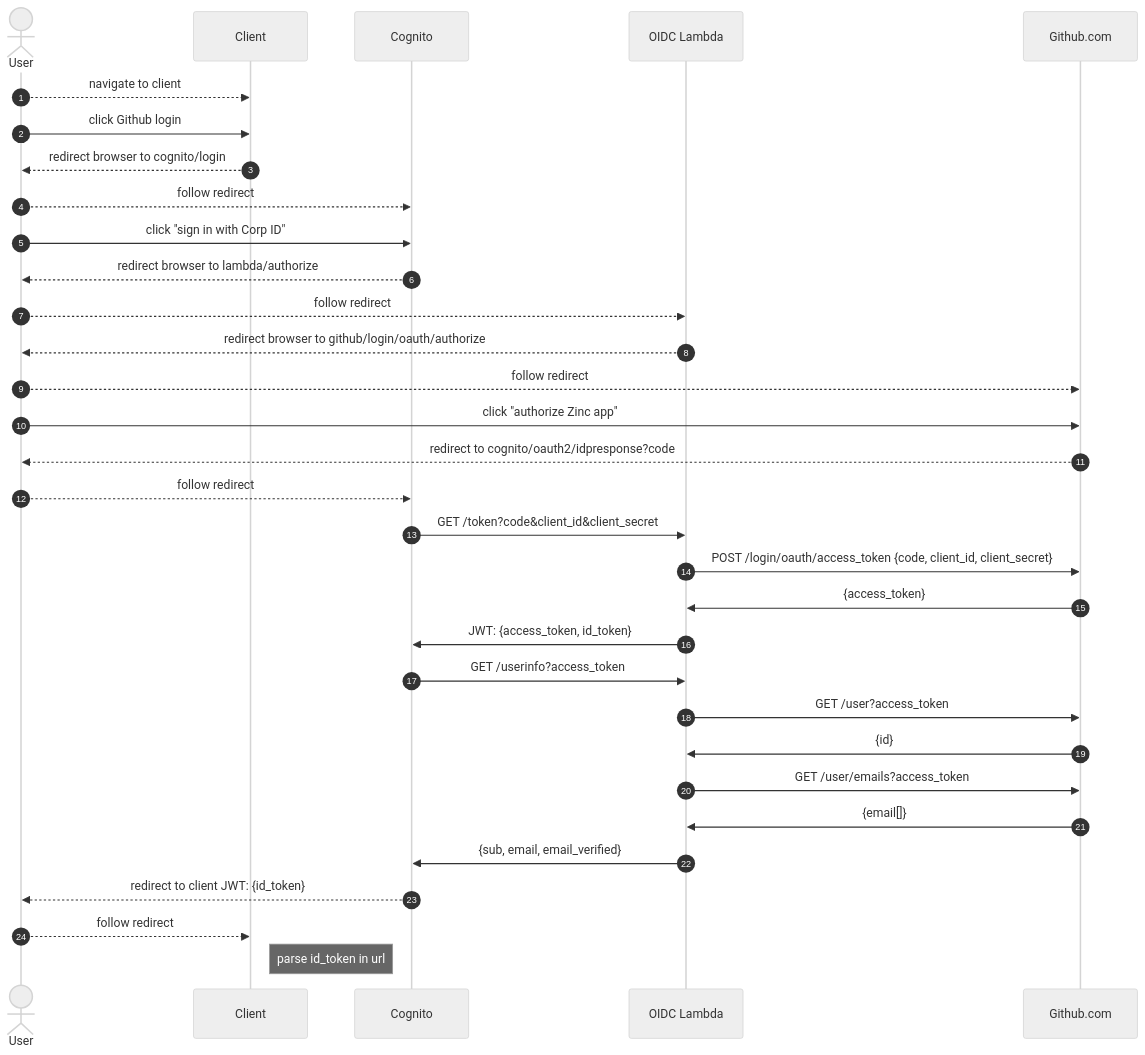
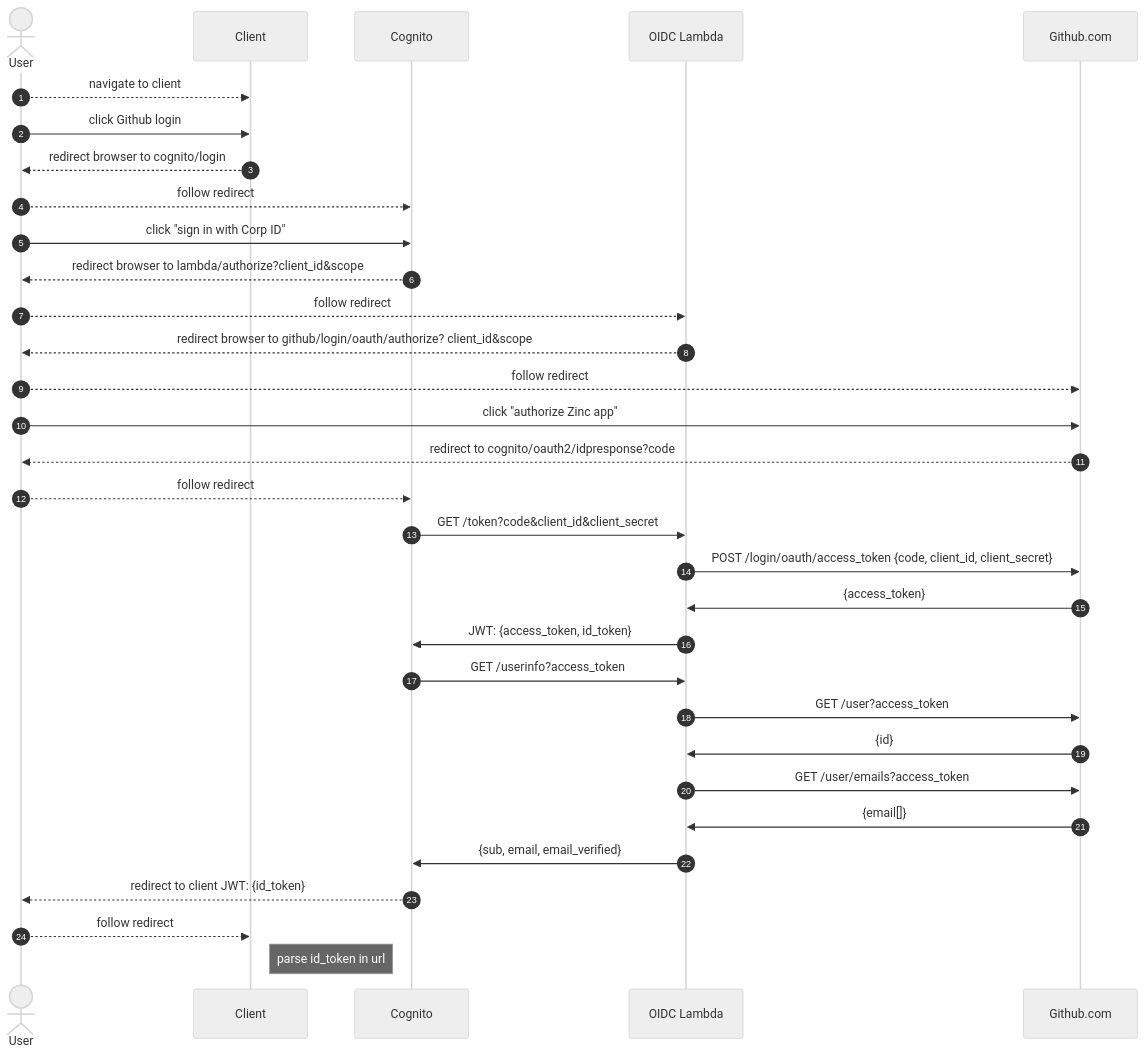
Before and after one commit to shorn/zinc: the diagram in aws-infra/lambda/doc/cognito-github.md, drawn with Mermaid (neutral theme).

````diff
--- a/aws-infra/lambda/doc/cognito-github.md
+++ b/aws-infra/lambda/doc/cognito-github.md
@@ -47,36 +47,36 @@
 ```mermaid
 sequenceDiagram
     autonumber
     actor user as User
     participant client as Client
     participant cognito as Cognito
     participant lambda as OIDC Lambda
     participant github as Github.com
     
     user-->>client: navigate to client
     user->>client: click Github login
     client-->>user: redirect browser to cognito/login
     user-->>cognito: follow redirect
     user->>cognito: click "sign in with Corp ID"
-    cognito-->>user: redirect browser to lambda/authorize
+    cognito-->>user: redirect browser to lambda/authorize?client_id&scope
     user-->>lambda: follow redirect
-    lambda-->>user: redirect browser to github/login/oauth/authorize
+    lambda-->>user: redirect browser to github/login/oauth/authorize? client_id&scope
     user-->>github: follow redirect
     user->>github: click "authorize Zinc app"
     github-->>user: redirect to cognito/oauth2/idpresponse?code
     user-->>cognito: follow redirect
     cognito->>lambda: GET /token?code&client_id&client_secret
     lambda->>github: POST /login/oauth/access_token {code, client_id, client_secret}
     github->>lambda: {access_token}
     lambda->>cognito: JWT: {access_token, id_token}
     cognito->>lambda: GET /userinfo?access_token
     lambda->>github: GET /user?access_token
     github->>lambda: {id}
     lambda->>github: GET /user/emails?access_token
     github->>lambda: {email[]}
     lambda->>cognito: {sub, email, email_verified}
     cognito-->>user: redirect to client JWT: {id_token}
     user-->>client: follow redirect
     Note right of client: parse id_token in url
 
 ```
````
